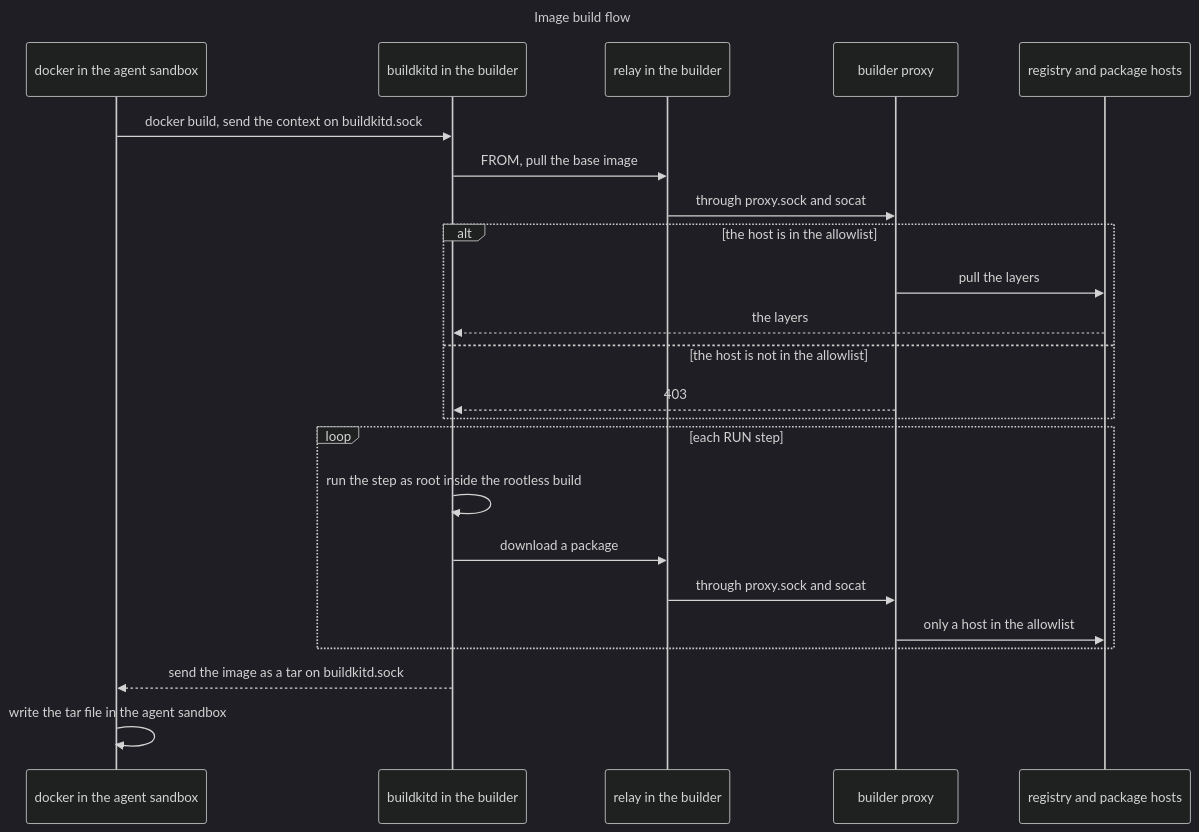
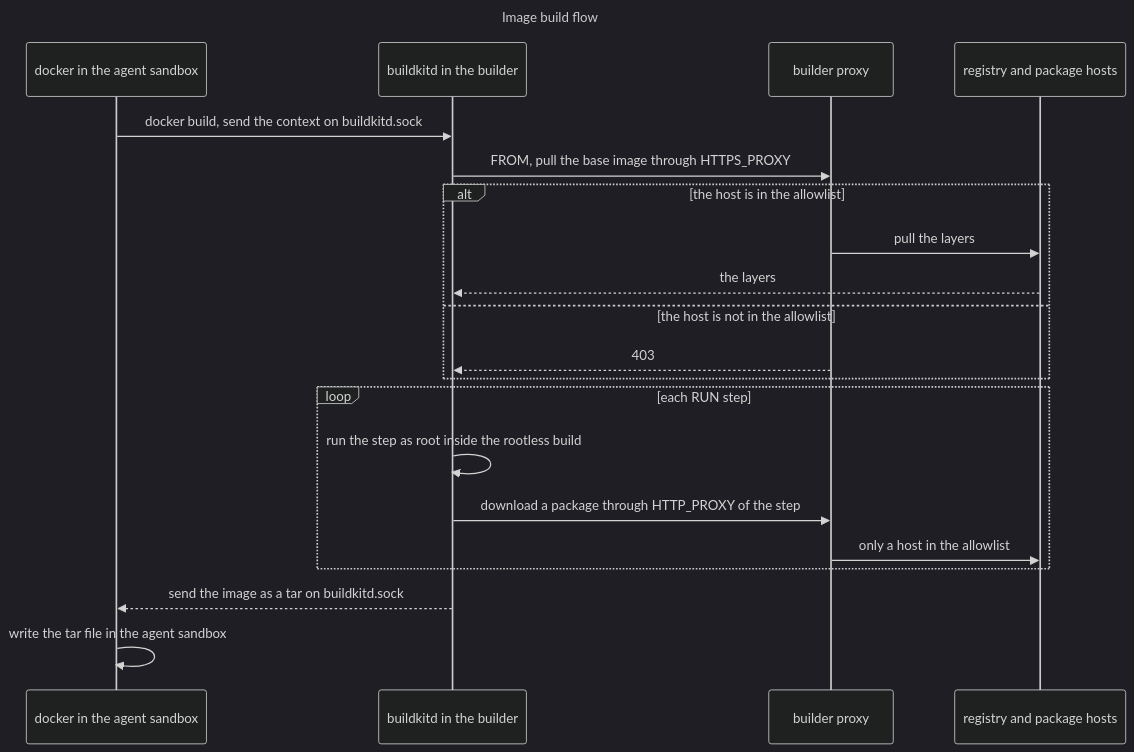
Before and after one commit to raghav19/engineersdaybook: the fifth of 6 diagrams in .devcontainer/README.md, drawn with Mermaid (dark theme). The commit also changed other lines of this file and 13 other files, not shown here.

First line of the commit message:
docs: sandbox README and diagrams for the Docker Compose design

````diff
--- a/.devcontainer/README.md
+++ b/.devcontainer/README.md
@@ -233,28 +247,25 @@
 ```mermaid
 ---
 title: Image build flow
 ---
 sequenceDiagram
     participant Agent as docker in the agent sandbox
     participant BK as buildkitd in the builder
-    participant Relay as relay in the builder
     participant BP as builder proxy
     participant Reg as registry and package hosts
     Agent->>BK: docker build, send the context on buildkitd.sock
-    BK->>Relay: FROM, pull the base image
-    Relay->>BP: through proxy.sock and socat
+    BK->>BP: FROM, pull the base image through HTTPS_PROXY
     alt the host is in the allowlist
         BP->>Reg: pull the layers
         Reg-->>BK: the layers
     else the host is not in the allowlist
         BP-->>BK: 403
     end
     loop each RUN step
         BK->>BK: run the step as root inside the rootless build
-        BK->>Relay: download a package
-        Relay->>BP: through proxy.sock and socat
+        BK->>BP: download a package through HTTP_PROXY of the step
         BP->>Reg: only a host in the allowlist
     end
     BK-->>Agent: send the image as a tar on buildkitd.sock
     Agent->>Agent: write the tar file in the agent sandbox
 ```
````
